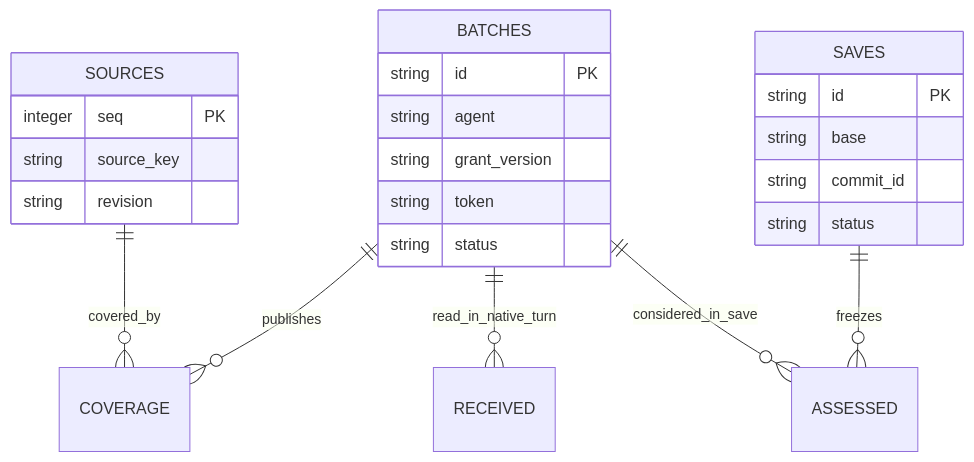
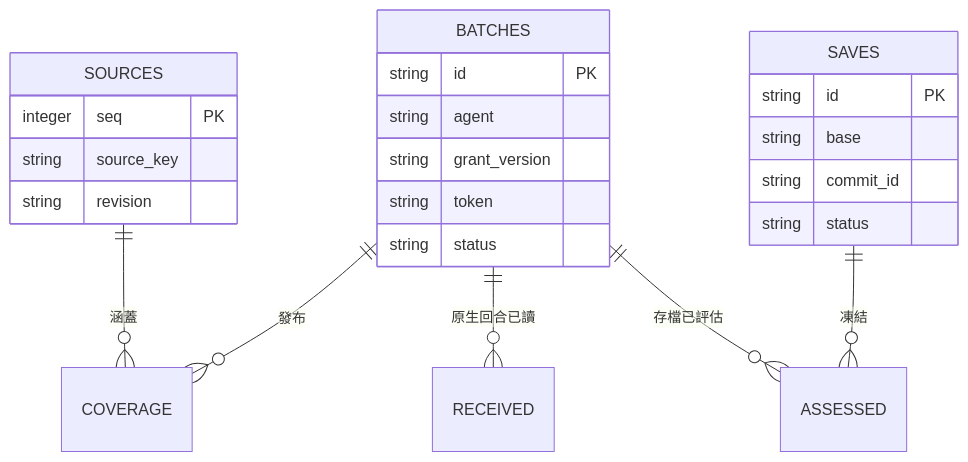
Before and after one commit to KerberosClaw/kc_agent_a2a: the diagram in docs/data-model.md, drawn with Mermaid. The commit also changed other lines of this file and 15 other files, not shown here.

````diff
--- a/docs/data-model.md
+++ b/docs/data-model.md
@@ -18,26 +20,26 @@
 ```mermaid
 erDiagram
-    SOURCES ||--o{ COVERAGE : covered_by
-    BATCHES ||--o{ COVERAGE : publishes
-    BATCHES ||--o{ RECEIVED : read_in_native_turn
-    BATCHES ||--o{ ASSESSED : considered_in_save
-    SAVES ||--o{ ASSESSED : freezes
+    SOURCES ||--o{ COVERAGE : "涵蓋"
+    BATCHES ||--o{ COVERAGE : "發布"
+    BATCHES ||--o{ RECEIVED : "原生回合已讀"
+    BATCHES ||--o{ ASSESSED : "存檔已評估"
+    SAVES ||--o{ ASSESSED : "凍結"
     SOURCES {
         integer seq PK
         string source_key
         string revision
     }
     BATCHES {
         string id PK
         string agent
         string grant_version
         string token
         string status
     }
     SAVES {
         string id PK
         string base
         string commit_id
         string status
     }
 ```
````
